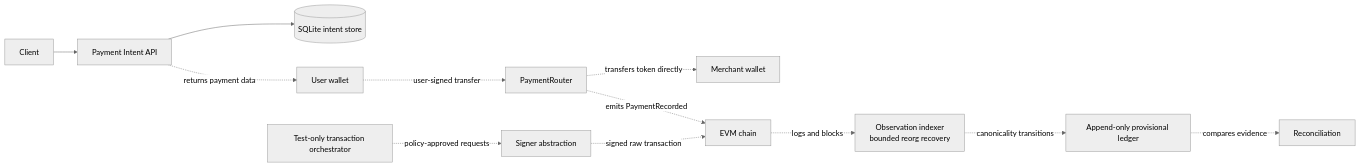
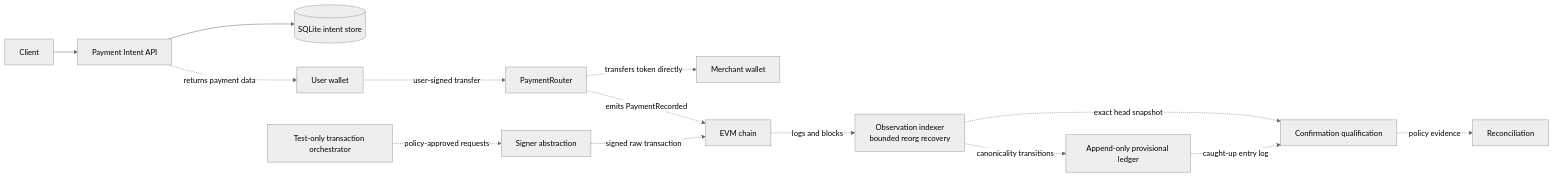
The second of 2 diagrams in docs/architecture.md (xiaocaiisxiaocai/dotnet-evm-payment-sandbox), drawn with Mermaid (neutral theme) before and after one commit. The commit also changed other lines of this file and 36 other files, not shown here.

Commit message:
Add Week 11 confirmation finality

````diff
--- a/docs/architecture.md
+++ b/docs/architecture.md
@@ -221,15 +263,17 @@
 ```mermaid
 flowchart LR
     Client[Client] --> API[Payment Intent API]
     API --> IntentStore[(SQLite intent store)]
     API -. returns payment data .-> Wallet[User wallet]
     Wallet -. user-signed transfer .-> Router[PaymentRouter]
     Router -. transfers token directly .-> Merchant[Merchant wallet]
     Router -. emits PaymentRecorded .-> Chain[EVM chain]
     Chain -. logs and blocks .-> Indexer[Observation indexer<br/>bounded reorg recovery]
     Indexer -. canonicality transitions .-> Ledger[Append-only provisional ledger]
-    Ledger -. compares evidence .-> Reconcile[Reconciliation]
+    Indexer -. exact head snapshot .-> Finality[Confirmation qualification]
+    Ledger -. caught-up entry log .-> Finality
+    Finality -. policy evidence .-> Reconcile[Reconciliation]
 
     Orchestrator[Test-only transaction orchestrator] -. policy-approved requests .-> Signer[Signer abstraction]
     Signer -. signed raw transaction .-> Chain
 ```
````
